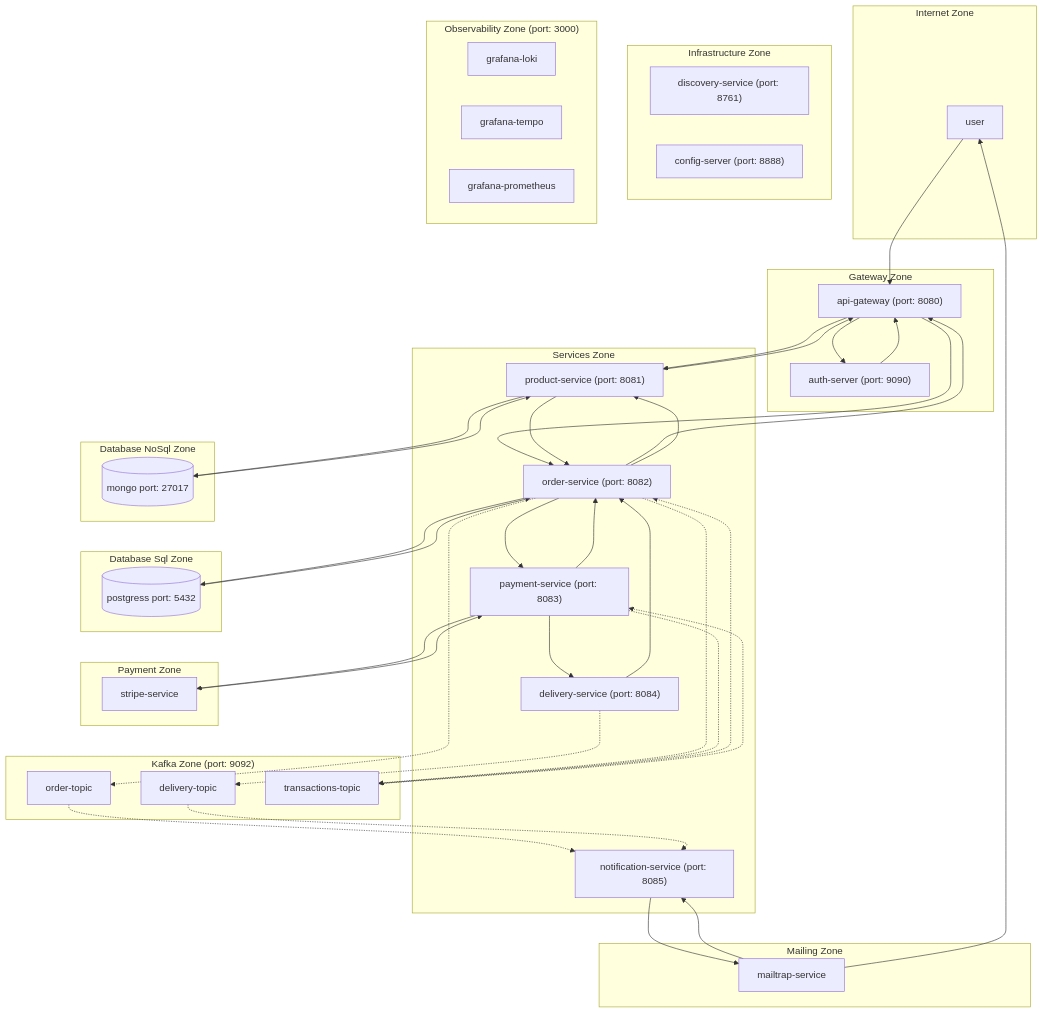
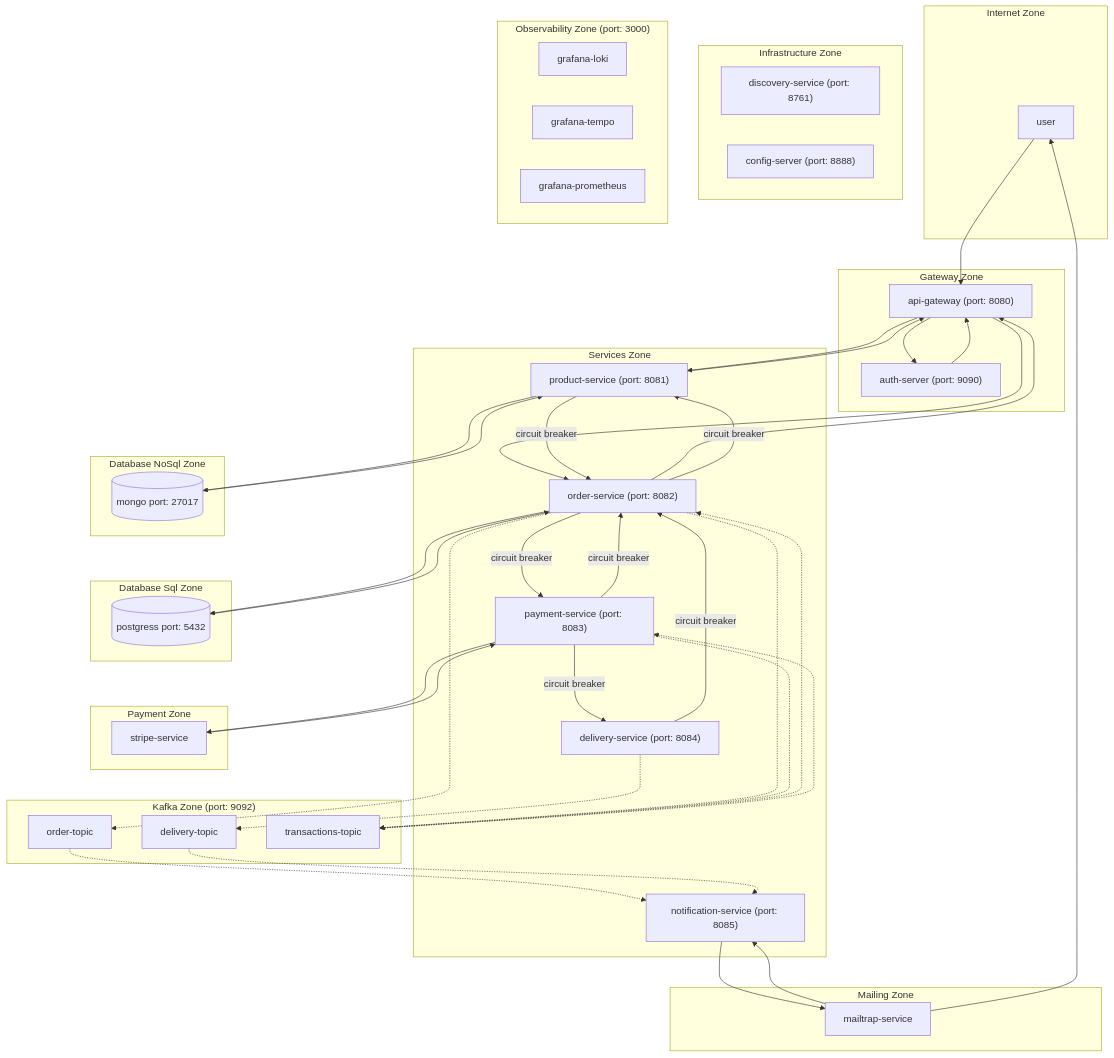
Before and after one commit to wisniewskikr/mermaid: the diagram in ecommerce-virtual.md, drawn with Mermaid.

Commit message:
Add circuit breaker

````diff
--- a/ecommerce-virtual.md
+++ b/ecommerce-virtual.md
@@ -74,12 +74,12 @@
         api-gateway --> order-service
         order-service --> api-gateway
 
-        product-service --> order-service
-        order-service --> product-service
+        product-service -->|circuit breaker| order-service
+        order-service -->|circuit breaker| product-service
 
-        order-service --> payment-service
+        order-service -->|circuit breaker| payment-service
 
-        payment-service --> delivery-service
+        payment-service -->|circuit breaker| delivery-service
 
         mailtrap-service --> user
 
@@ -93,7 +93,7 @@
         payment-service .-> transactions-topic
         transactions-topic .-> payment-service
 
-        payment-service --> order-service
-        delivery-service --> order-service
+        payment-service -->|circuit breaker| order-service
+        delivery-service -->|circuit breaker| order-service
 
 ```
````
